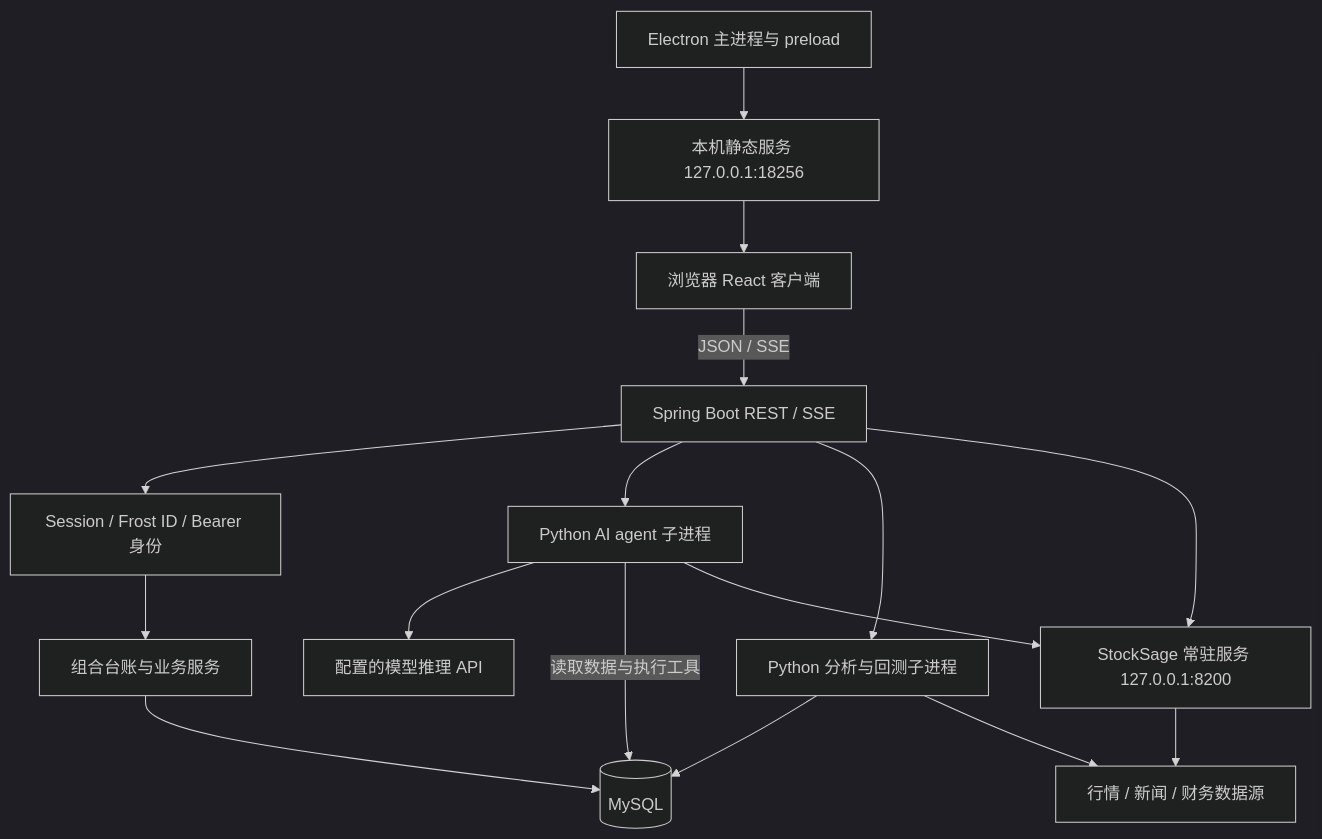
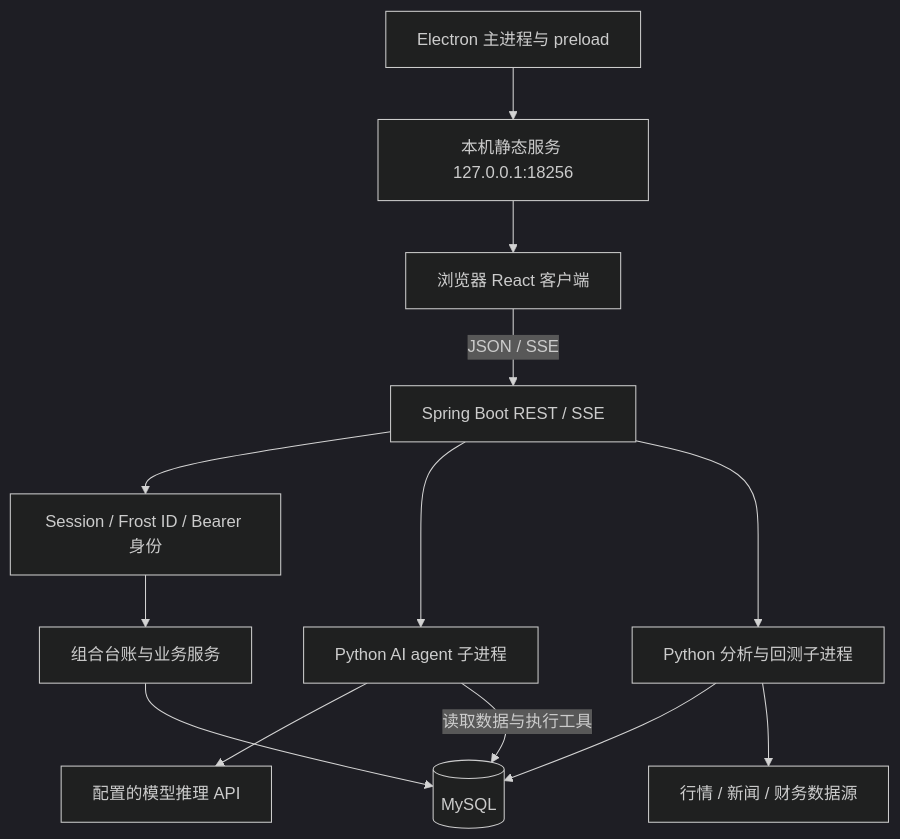
The diagram in docs/architecture.md (Frostrain5015/Investory), drawn with Mermaid (dark theme) before and after one commit. The commit also changed other lines of this file and 79 other files, not shown here.

Commit message:
refactor: V6.3.12 移除 StockSage 引擎及观澜调用链

````diff
--- a/docs/architecture.md
+++ b/docs/architecture.md
@@ -26,25 +26,22 @@
 ```mermaid
 flowchart TD
     Browser[浏览器 React 客户端]
     Electron[Electron 主进程与 preload]
     Static[本机静态服务 127.0.0.1:18256]
     Java[Spring Boot REST / SSE]
     Auth[Session / Frost ID / Bearer 身份]
     Core[组合台账与业务服务]
     DB[(MySQL)]
     Agent[Python AI agent 子进程]
     Quant[Python 分析与回测子进程]
-    Engine[StockSage 常驻服务 127.0.0.1:8200]
     Data[行情 / 新闻 / 财务数据源]
     Model[配置的模型推理 API]
 
     Electron --> Static --> Browser
     Browser -->|JSON / SSE| Java
     Java --> Auth --> Core --> DB
     Java --> Agent --> Model
     Java --> Quant --> DB
-    Java --> Engine --> Data
     Agent -->|读取数据与执行工具| DB
-    Agent --> Engine
     Quant --> Data
 ```
````
